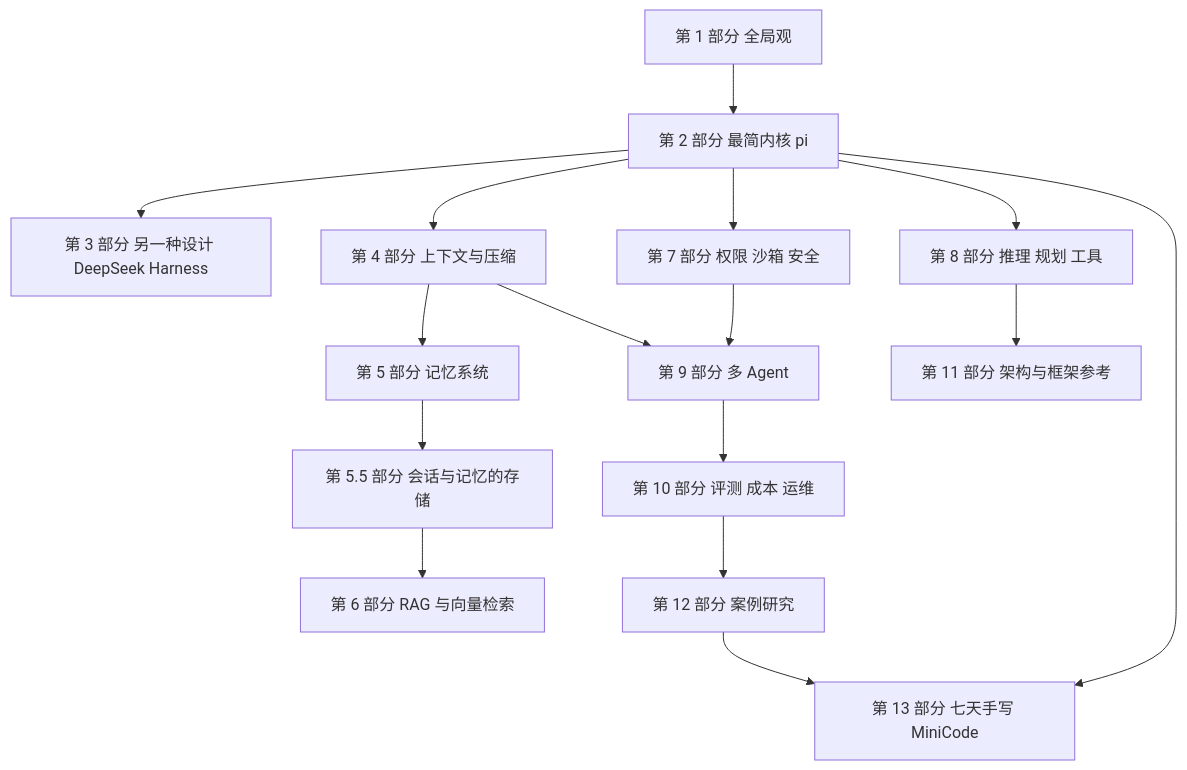
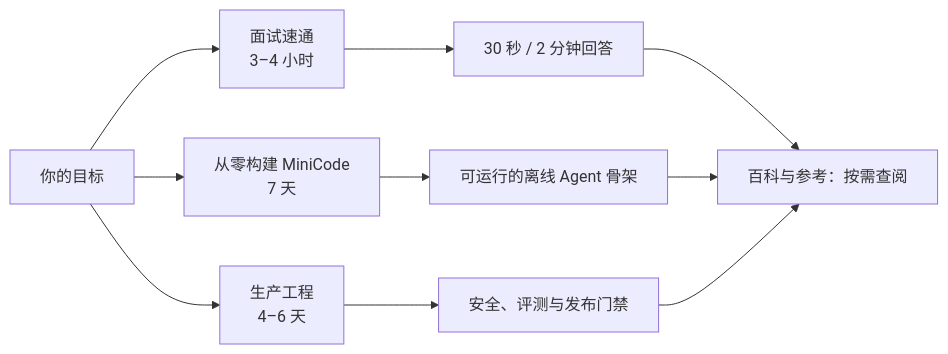
The diagram in docs/agent/index.md (Shyu-x/frontend-interview), drawn with Mermaid before and after one commit. The commit also changed other lines of this file and 46 other files, not shown here.

First line of the commit message:
Rebuild Agent curriculum with executable MiniCode and frontend state lessons (#2)

````diff
--- a/docs/agent/index.md
+++ b/docs/agent/index.md
@@ -24,18 +20,12 @@
 ```mermaid
-flowchart TD
-  A["第 1 部分 全局观"] --> B["第 2 部分 最简内核 pi"]
-  B --> C["第 3 部分 另一种设计 DeepSeek Harness"]
-  B --> D["第 4 部分 上下文与压缩"]
-  D --> E["第 5 部分 记忆系统"]
-  E --> E2["第 5.5 部分 会话与记忆的存储"]
-  E2 --> F["第 6 部分 RAG 与向量检索"]
-  B --> G["第 7 部分 权限 沙箱 安全"]
-  B --> H["第 8 部分 推理 规划 工具"]
-  D --> I["第 9 部分 多 Agent"]
-  G --> I
-  I --> J["第 10 部分 评测 成本 运维"]
-  H --> K["第 11 部分 架构与框架参考"]
-  J --> L["第 12 部分 案例研究"]
-  B --> M["第 13 部分 七天手写 MiniCode"]
-  L --> M
+flowchart LR
+  A["你的目标"] --> B["面试速通\n3–4 小时"]
+  A --> C["从零构建 MiniCode\n7 天"]
+  A --> D["生产工程\n4–6 天"]
+  B --> E["30 秒 / 2 分钟回答"]
+  C --> F["可运行的离线 Agent 骨架"]
+  D --> G["安全、评测与发布门禁"]
+  E --> H["百科与参考：按需查阅"]
+  F --> H
+  G --> H
 ```
````
